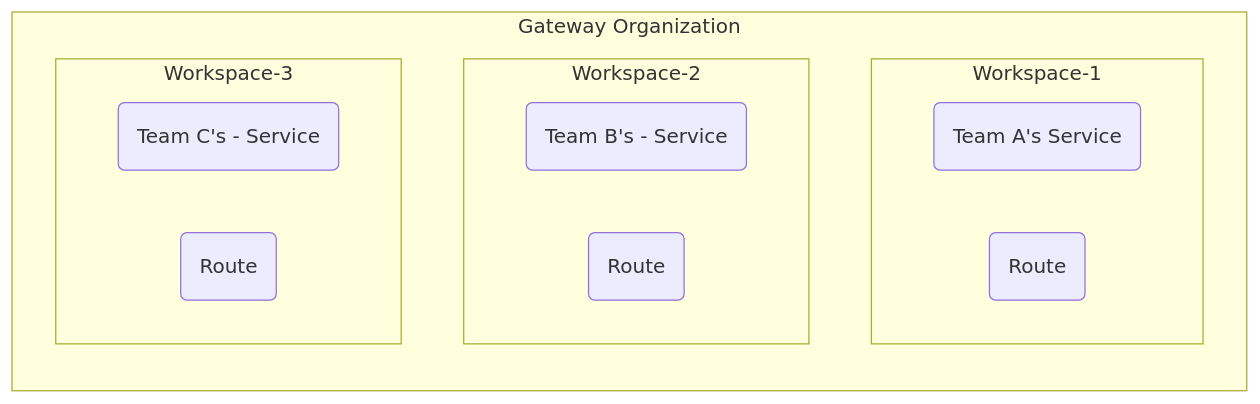
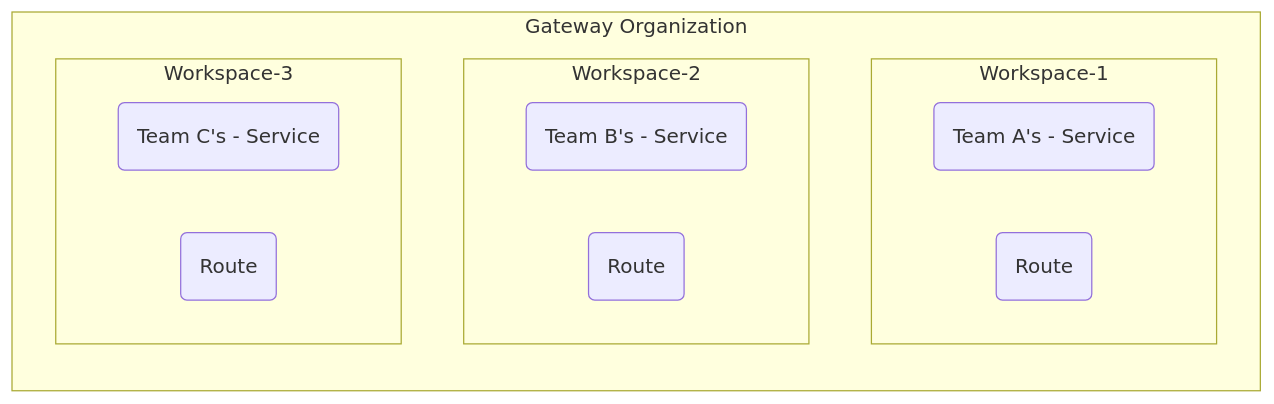
Before and after one commit to Kong/developer.konghq.com: the diagram in app/_gateway_entities/workspace.md, drawn with Mermaid. The commit also changed other lines of this file and 1 other file, not shown here.

```diff
--- a/app/_gateway_entities/workspace.md
+++ b/app/_gateway_entities/workspace.md
@@ -50,24 +43,24 @@
 {% mermaid %}
 flowchart LR
     subgraph Workspace1 [Workspace-1]
-        A(Team A's Service)
+        A(Team A's - Service)
         B(Route)
     end 
 
     subgraph Workspace2 [Workspace-2]
         C(Team B's - Service)
         D(Route)
 
     end
 
     subgraph Workspace3 [Workspace-3]
         E(Team C's - Service)
         F(Route)
     end
     subgraph Gatewayorg [Gateway Organization]
     Workspace1
     Workspace2
     Workspace3
     end
  
 {% endmermaid %}
```
